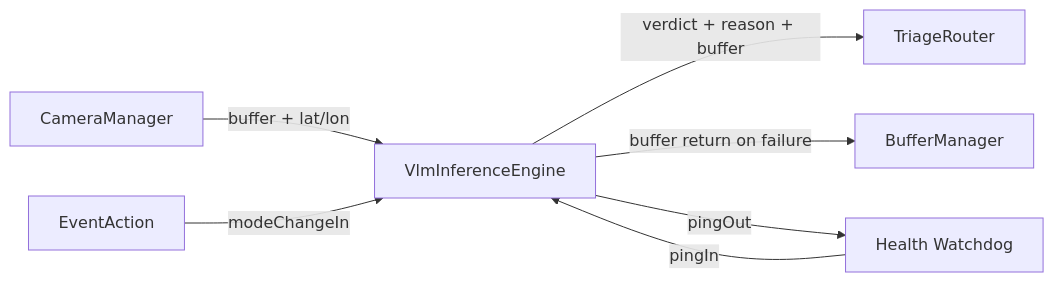
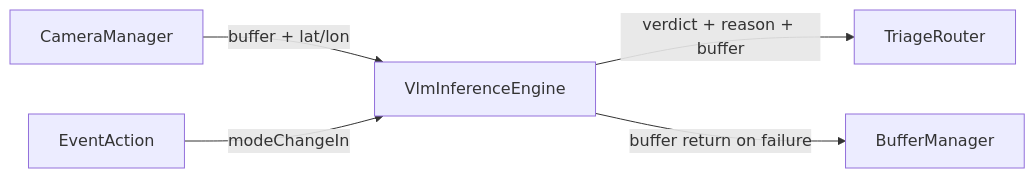
Before and after one commit to Saransh-cpp/ORION: the first of 2 diagrams in flight_segment/orion/Orion/Components/VlmInferenceEngine/docs/sdd.md, drawn with Mermaid. The commit also changed other lines of this file and 2 other files, not shown here.

````diff
--- a/flight_segment/orion/Orion/Components/VlmInferenceEngine/docs/sdd.md
+++ b/flight_segment/orion/Orion/Components/VlmInferenceEngine/docs/sdd.md
@@ -25,9 +25,7 @@
 ```mermaid
 flowchart LR
     CM[CameraManager] -->|buffer + lat/lon| VLM[VlmInferenceEngine]
     VLM -->|verdict + reason + buffer| TR[TriageRouter]
     VLM -->|buffer return on failure| BM[BufferManager]
     EA[EventAction] -->|modeChangeIn| VLM
-    HW[Health Watchdog] -->|pingIn| VLM
-    VLM -->|pingOut| HW
 ```
````
